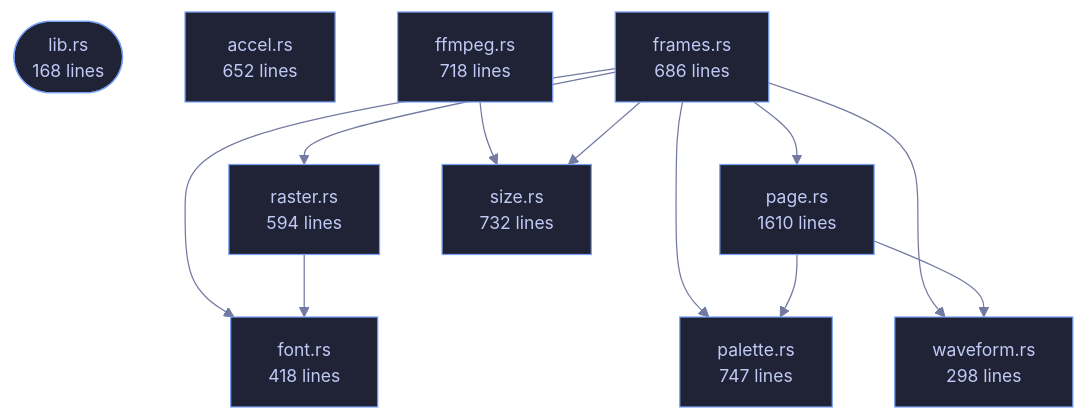
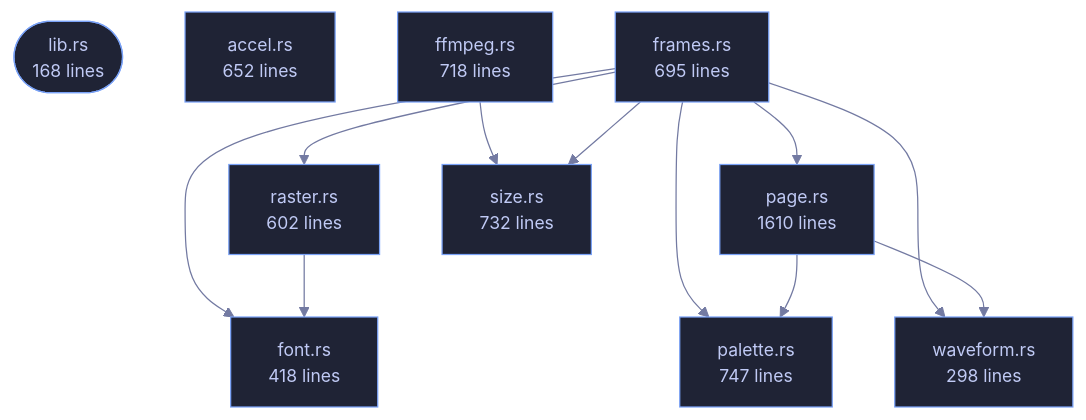
The diagram in crates/veilvoice-video/README.md (tilas01/veilvoice), drawn with Mermaid before and after one commit. The commit also changed other lines of this file and 130 other files, not shown here.

````diff
--- a/crates/veilvoice-video/README.md
+++ b/crates/veilvoice-video/README.md
@@ -90,34 +90,34 @@
 ```mermaid
 %%{init: {"theme":"base","themeVariables":{"background":"#1a1b26","primaryColor":"#1f2335","primaryTextColor":"#c0caf5","primaryBorderColor":"#7aa2f7","secondaryColor":"#16161e","tertiaryColor":"#16161e","lineColor":"#737aa2","textColor":"#c0caf5","mainBkg":"#1f2335","nodeBorder":"#7aa2f7","clusterBkg":"#16161e","clusterBorder":"#2f3549","fontFamily":"ui-monospace, SFMono-Regular, Consolas, monospace","fontSize":"14px"}}}%%
 flowchart TD
     n_lib(["lib.rs<br/>168 lines"])
     n_accel["accel.rs<br/>652 lines"]
     n_ffmpeg["ffmpeg.rs<br/>718 lines"]
     n_font["font.rs<br/>418 lines"]
-    n_frames["frames.rs<br/>686 lines"]
+    n_frames["frames.rs<br/>695 lines"]
     n_page["page.rs<br/>1610 lines"]
     n_palette["palette.rs<br/>747 lines"]
-    n_raster["raster.rs<br/>594 lines"]
+    n_raster["raster.rs<br/>602 lines"]
     n_size["size.rs<br/>732 lines"]
     n_waveform["waveform.rs<br/>298 lines"]
     n_ffmpeg --> n_size
     n_frames --> n_font
     n_frames --> n_page
     n_frames --> n_palette
     n_frames --> n_raster
     n_frames --> n_size
     n_frames --> n_waveform
     n_page --> n_palette
     n_page --> n_waveform
     n_raster --> n_font
     click n_lib href "https://github.com/tilas01/veilvoice/blob/main/crates/veilvoice-video/src/lib.rs" "open the source"
     click n_accel href "https://github.com/tilas01/veilvoice/blob/main/crates/veilvoice-video/src/accel.rs" "open the source"
     click n_ffmpeg href "https://github.com/tilas01/veilvoice/blob/main/crates/veilvoice-video/src/ffmpeg.rs" "open the source"
     click n_font href "https://github.com/tilas01/veilvoice/blob/main/crates/veilvoice-video/src/font.rs" "open the source"
     click n_frames href "https://github.com/tilas01/veilvoice/blob/main/crates/veilvoice-video/src/frames.rs" "open the source"
     click n_page href "https://github.com/tilas01/veilvoice/blob/main/crates/veilvoice-video/src/page.rs" "open the source"
     click n_palette href "https://github.com/tilas01/veilvoice/blob/main/crates/veilvoice-video/src/palette.rs" "open the source"
     click n_raster href "https://github.com/tilas01/veilvoice/blob/main/crates/veilvoice-video/src/raster.rs" "open the source"
     click n_size href "https://github.com/tilas01/veilvoice/blob/main/crates/veilvoice-video/src/size.rs" "open the source"
     click n_waveform href "https://github.com/tilas01/veilvoice/blob/main/crates/veilvoice-video/src/waveform.rs" "open the source"
 ```
````
